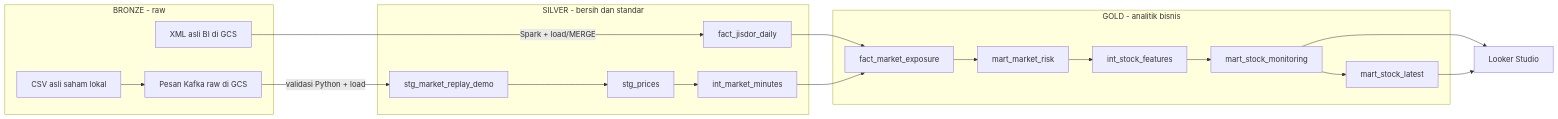
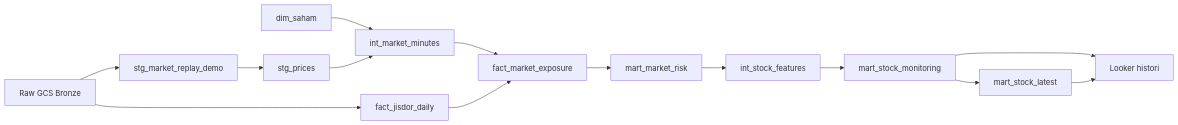
One commit to daudfernando/financial-market-idr-monitoring changed the diagram in docs/medallion_bronze_silver_gold.md. Above: the diagram before and after it, drawn with Mermaid. The commit also changed other lines of this file and 139 other files, not shown here.

````diff
--- a/docs/medallion_bronze_silver_gold.md
+++ b/docs/medallion_bronze_silver_gold.md
@@ -54,30 +14,16 @@
 ```mermaid
 flowchart LR
-  subgraph Bronze[BRONZE - raw]
-    BI[XML asli BI di GCS]
-    Y[CSV asli saham lokal]
-    K[Pesan Kafka raw di GCS]
-    Y --> K
-  end
-  subgraph Silver[SILVER - bersih dan standar]
-    FX[fact_jisdor_daily]
-    ST[stg_market_replay_demo]
-    D[stg_prices]
-    M[int_market_minutes]
-    ST --> D --> M
-  end
-  subgraph Gold[GOLD - analitik bisnis]
-    E[fact_market_exposure]
-    R[mart_market_risk]
-    F[int_stock_features]
-    H[mart_stock_monitoring]
-    L[mart_stock_latest]
-    E --> R --> F --> H --> L
-  end
-  BI -->|Spark + load/MERGE| FX
-  K -->|validasi Python + load| ST
-  FX --> E
-  M --> E
-  H --> LOOKER[Looker Studio]
-  L --> LOOKER
+  R[Raw GCS Bronze] --> FX[fact_jisdor_daily]
+  R --> ST[stg_market_replay_demo]
+  ST --> P[stg_prices]
+  DIM[dim_saham] --> MIN[int_market_minutes]
+  P --> MIN
+  MIN --> F[fact_market_exposure]
+  FX --> F
+  F --> RISK[mart_market_risk]
+  RISK --> FT[int_stock_features]
+  FT --> M[mart_stock_monitoring]
+  M --> LAST[mart_stock_latest]
+  M --> L[Looker histori]
+  LAST --> L
 ```
````
